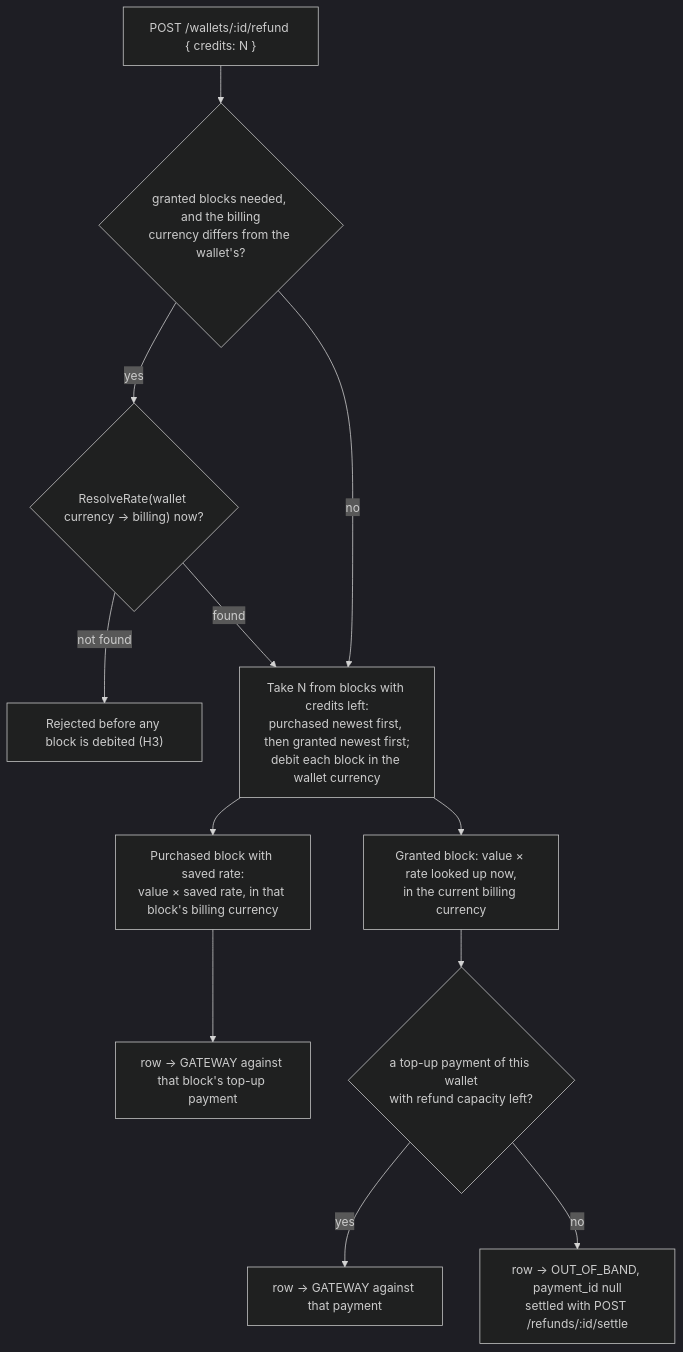
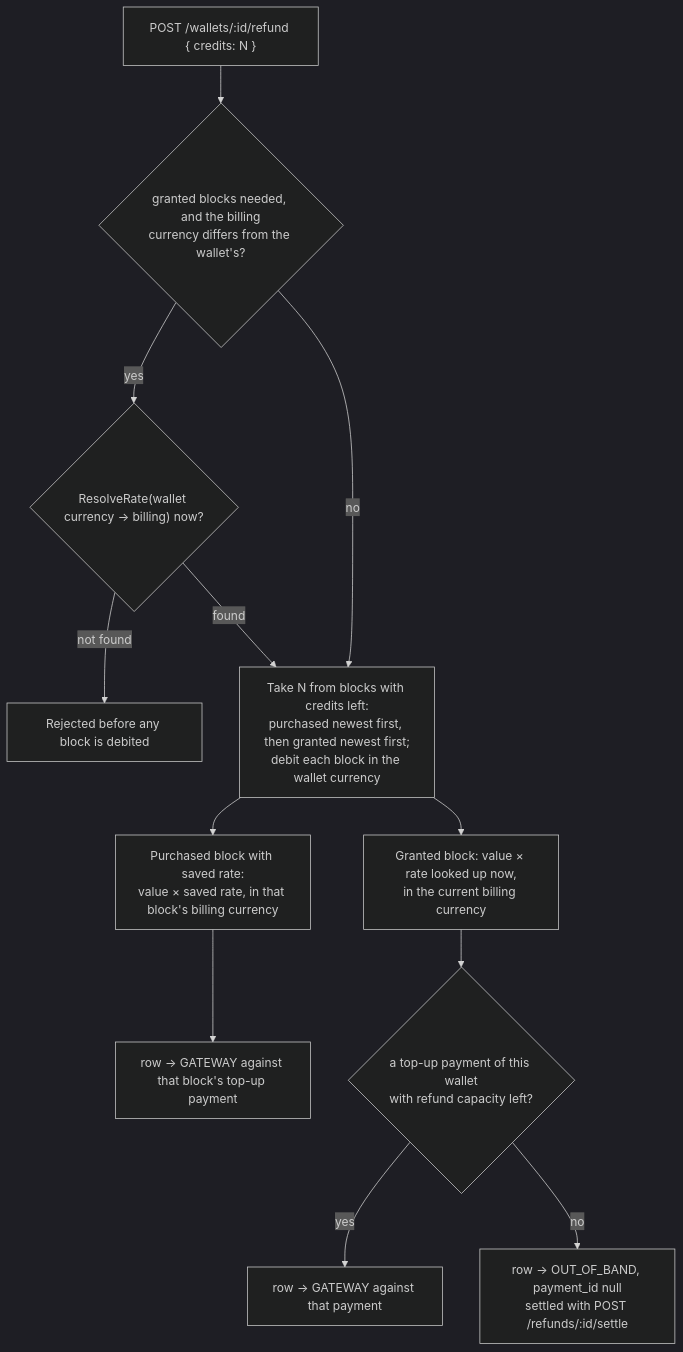
Before and after one commit to aghijap/flexprice-FLE-1411: the third of 5 diagrams in docs/design/2026-09-26-FLE-1383-adaptive-multi-currency-phase2-erd.md, drawn with Mermaid (dark theme). The commit also changed other lines of this file and 1 other file, not shown here.

````diff
--- a/docs/design/2026-09-26-FLE-1383-adaptive-multi-currency-phase2-erd.md
+++ b/docs/design/2026-09-26-FLE-1383-adaptive-multi-currency-phase2-erd.md
@@ -240,14 +231,14 @@
 ```mermaid
 flowchart TD
     A["POST /wallets/:id/refund { credits: N }"] --> G{"granted blocks needed, and the billing<br/>currency differs from the wallet's?"}
     G -- yes --> RR{"ResolveRate(wallet currency → billing) now?"}
-    RR -- "not found" --> REJ["Rejected before any block is debited (H3)"]
+    RR -- "not found" --> REJ["Rejected before any block is debited"]
     RR -- found --> ALLOC
     G -- no --> ALLOC["Take N from blocks with credits left:<br/>purchased newest first, then granted newest first;<br/>debit each block in the wallet currency"]
     ALLOC --> P["Purchased block with saved rate:<br/>value × saved rate, in that block's billing currency"]
     P --> PGW["row → GATEWAY against that block's top-up payment"]
     ALLOC --> GR["Granted block: value × rate looked up now,<br/>in the current billing currency"]
     GR --> CAP{"a top-up payment of this wallet<br/>with refund capacity left?"}
     CAP -- yes --> GW["row → GATEWAY against that payment"]
     CAP -- no --> OOB["row → OUT_OF_BAND, payment_id null<br/>settled with POST /refunds/:id/settle"]
 ```
````
